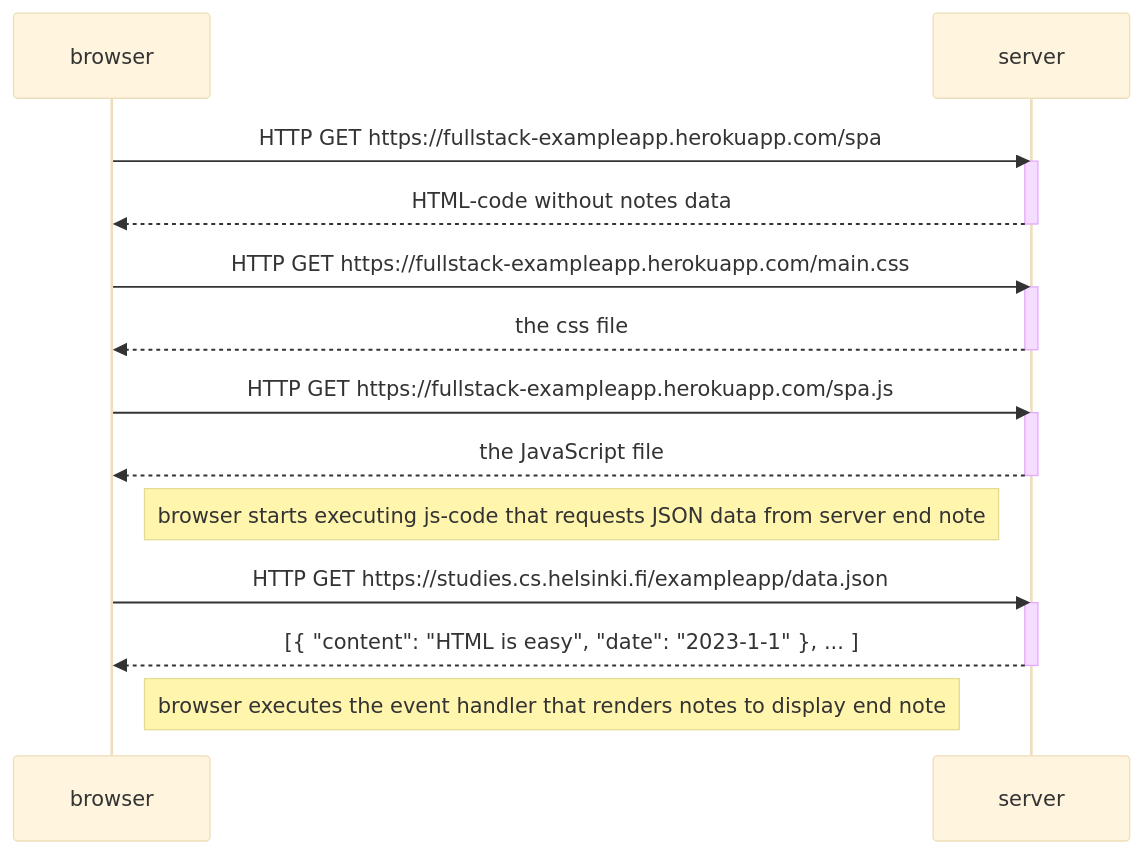
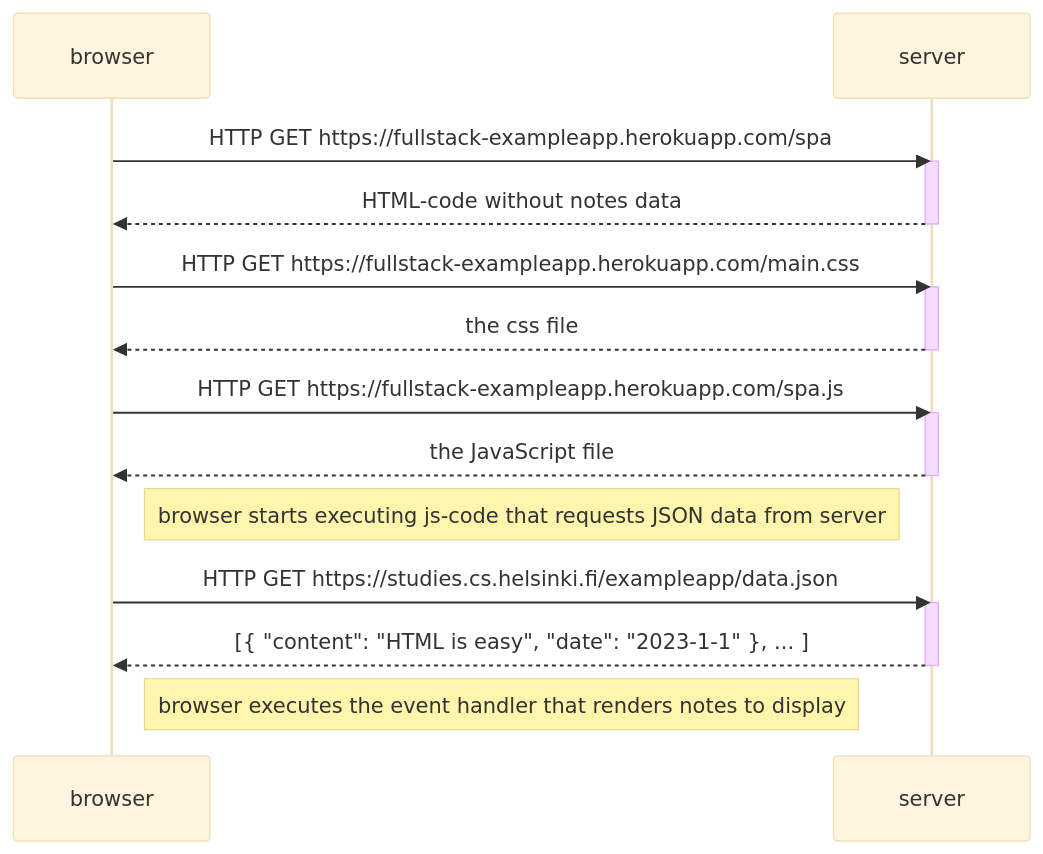
The diagram in part0/0.5.md (Auksely/fullStackOpen), drawn with Mermaid (base theme) before and after one commit.

````diff
--- a/part0/0.5.md
+++ b/part0/0.5.md
@@ -1,30 +1,30 @@
 ```mermaid
 sequenceDiagram
     participant browser
     participant server
     
     browser->>server: HTTP GET https://fullstack-exampleapp.herokuapp.com/spa
     activate server
     server-->>browser: HTML-code without notes data
     deactivate server
 
     browser->>server: HTTP GET https://fullstack-exampleapp.herokuapp.com/main.css
     activate server
     server-->>browser: the css file
     deactivate server
 
     browser->>server: HTTP GET https://fullstack-exampleapp.herokuapp.com/spa.js
     activate server
     server-->>browser: the JavaScript file
     deactivate server
 
-    Note right of browser: browser starts executing js-code that requests JSON data from server end note
+    Note right of browser: browser starts executing js-code that requests JSON data from server
 
     browser->>server: HTTP GET https://studies.cs.helsinki.fi/exampleapp/data.json
     activate server
     server-->>browser: [{ "content": "HTML is easy", "date": "2023-1-1" }, ... ]
     deactivate server
 
-    Note right of browser: browser executes the event handler that renders notes to display end note
+    Note right of browser: browser executes the event handler that renders notes to display
     
 ```
````
